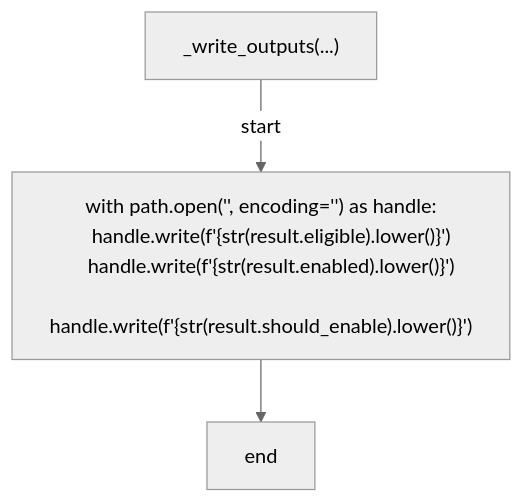
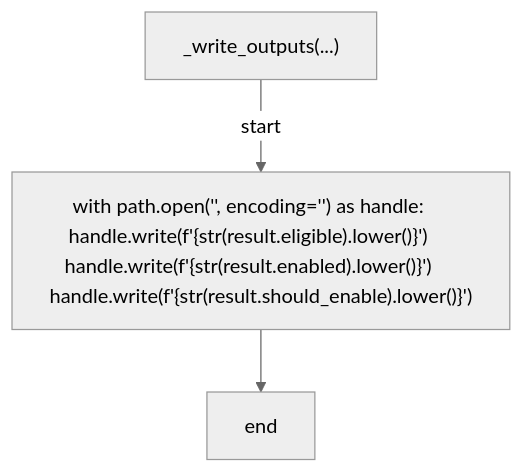
One commit to tvna/claude-md changed diagram 13 of 20 in docs/generated/scripts/ast/dependabot_automerge.md. Above: the diagram before and after it, drawn with Mermaid (neutral theme). The commit also changed other lines of this file and 30 other files, not shown here.

First line of the commit message:
docs(generated): regenerate decision tree and workflow diagrams (batch 2/5)

````diff
--- a/docs/generated/scripts/ast/dependabot_automerge.md
+++ b/docs/generated/scripts/ast/dependabot_automerge.md
@@ -332,11 +323,8 @@
 ```mermaid
 flowchart TD
     N001["_write_outputs(...)"]
-    N002["with path.open('<str>', encoding='<str>') as handle:
-    handle.write(f'<str>{str(result.eligible).lower()}<str>')
-    handle.write(f'<str>{str(result.enabled).lower()}<str>')
-    handle.write(f'<str>{str(result.should_enable).lower()}<str>')"]
+    N002["with path.open('<str>', encoding='<str>') as handle:     handle.write(f'<str>{str(result.eligible).lower()}<str>')     handle.write(f'<str>{str(result.enabled).lower()}<str>')     handle.write(f'<str>{str(result.should_enable).lower()}<str>')"]
     N003["end"]
     N001 -->|"start"| N002
     N002 --> N003
 ```
````
